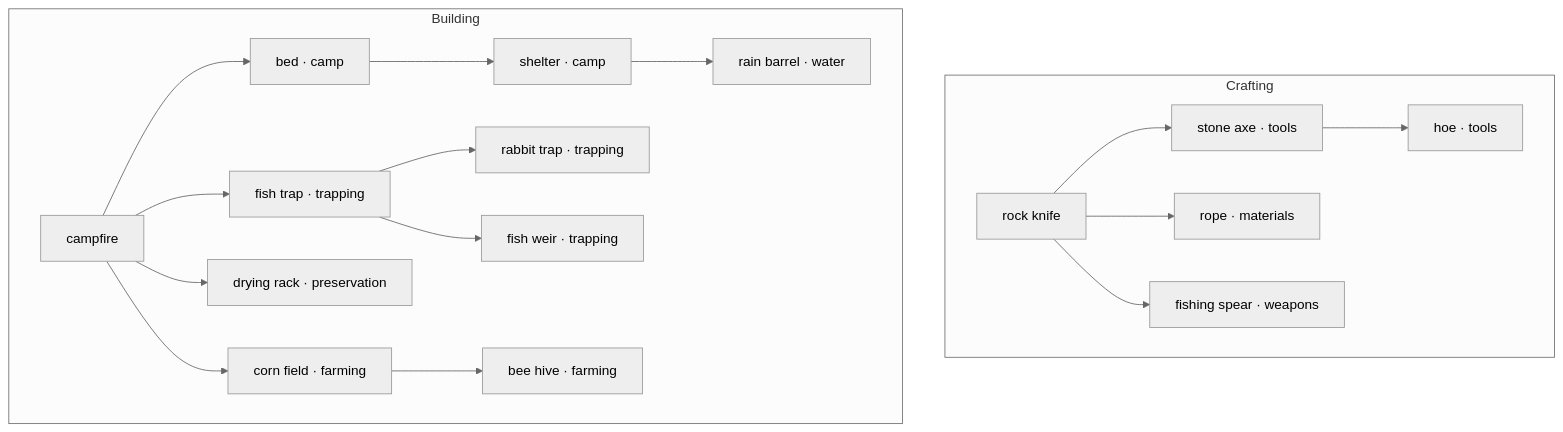
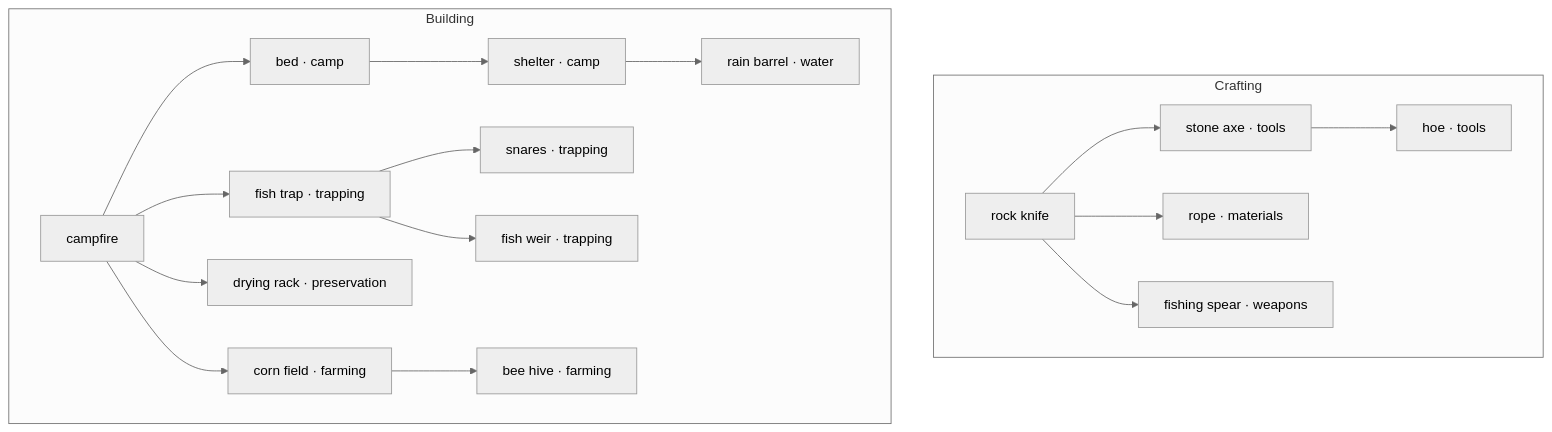
Before and after one commit to fdvoracek/mysteryless-island: the diagram in docs/CRAFTING_BUILDING_DESIGN.md, drawn with Mermaid (neutral theme). The commit also changed other lines of this file and 6 other files, not shown here.

````diff
--- a/docs/CRAFTING_BUILDING_DESIGN.md
+++ b/docs/CRAFTING_BUILDING_DESIGN.md
@@ -40,20 +40,20 @@
 ```mermaid
 flowchart TD
   subgraph Crafting
     knife[rock knife] --> axe[stone axe · tools]
     knife --> rope[rope · materials]
     knife --> spear[fishing spear · weapons]
     axe --> hoe[hoe · tools]
   end
   subgraph Building
     fire[campfire] --> bed[bed · camp]
     bed --> shelter[shelter · camp]
     shelter --> barrel[rain barrel · water]
     fire --> fish[fish trap · trapping]
-    fish --> rabbit[rabbit trap · trapping]
+    fish --> snares[snares · trapping]
     fish --> weir[fish weir · trapping]
     fire --> rack[drying rack · preservation]
     fire --> field[corn field · farming]
     field --> hive[bee hive · farming]
   end
 ```
````
